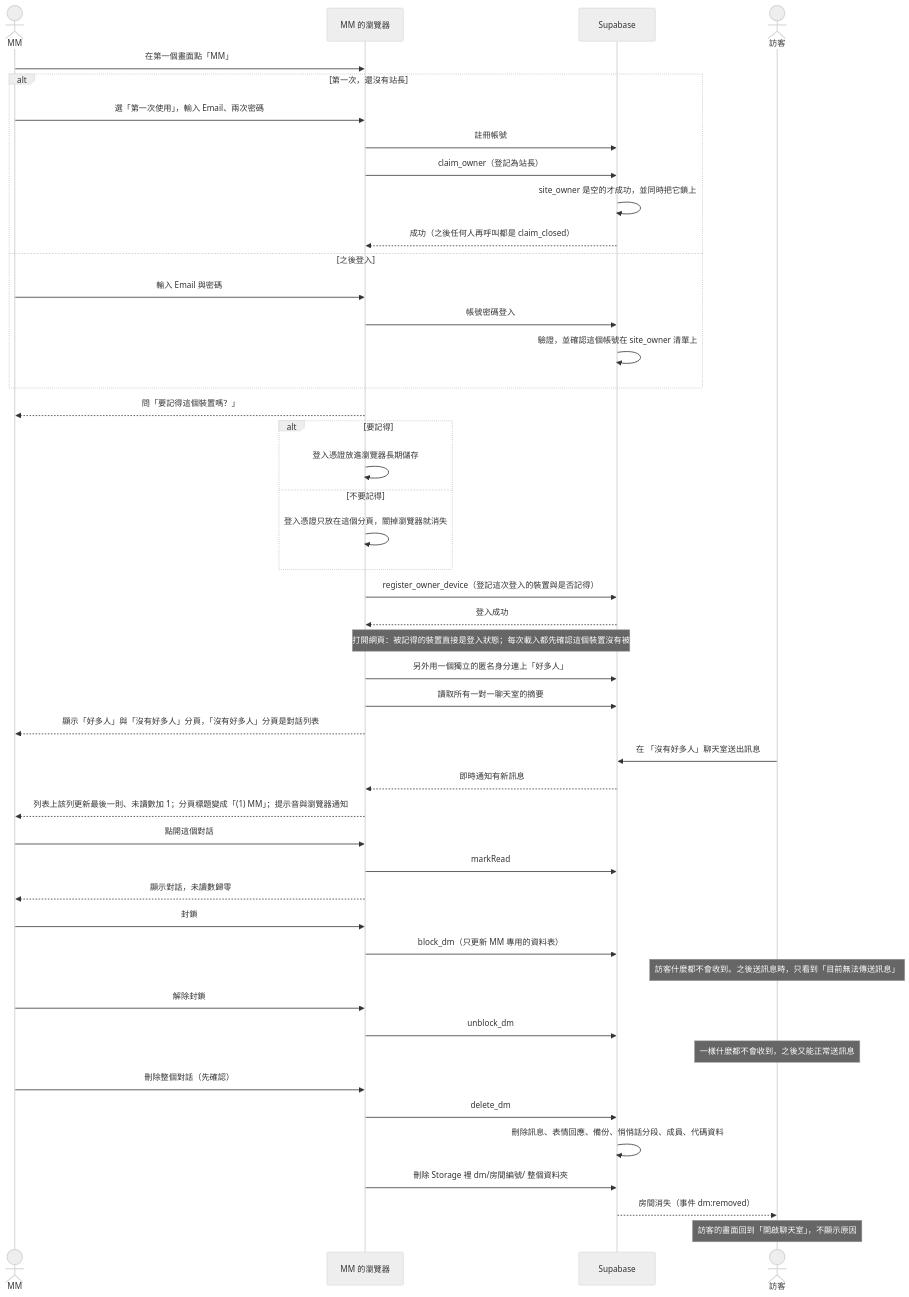
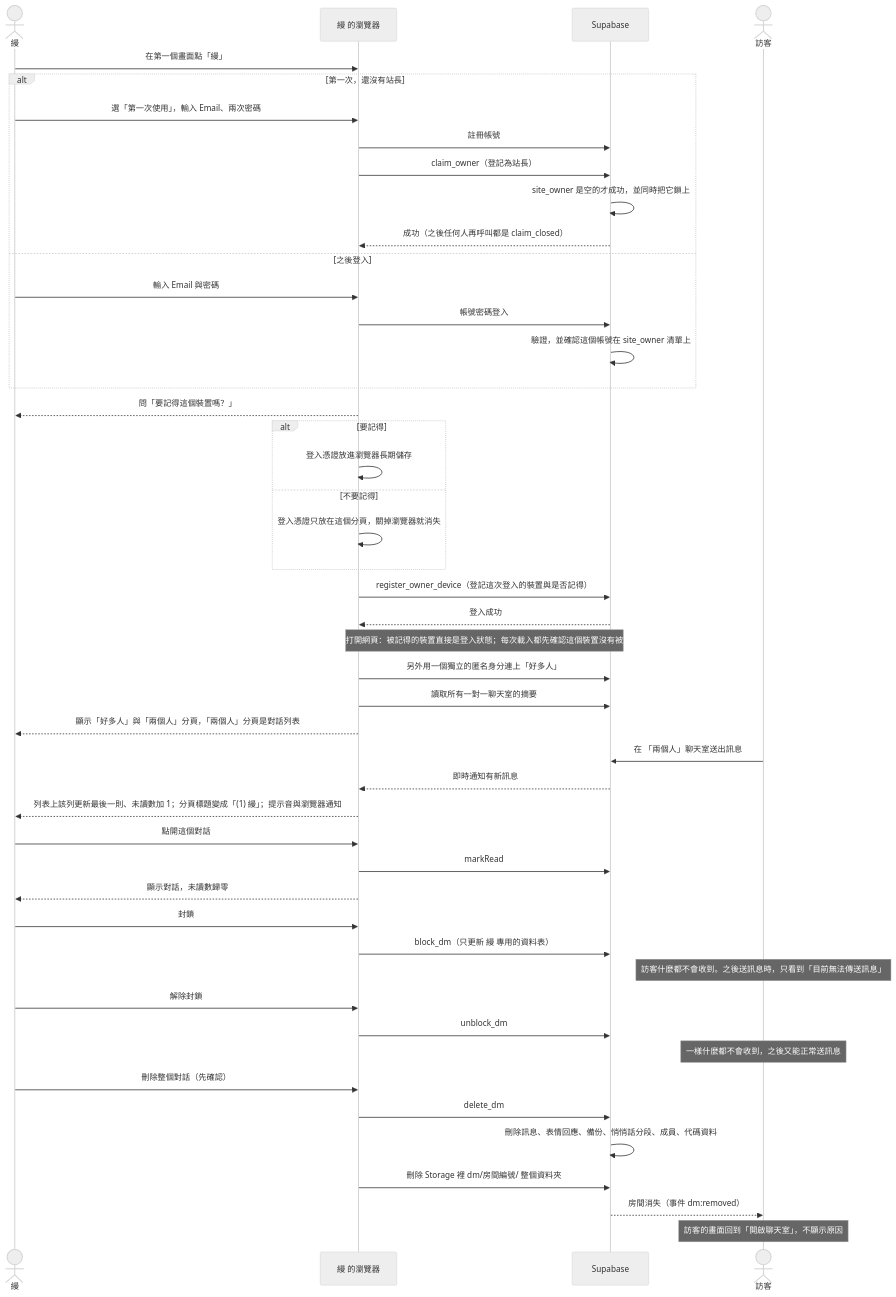
Diagram 14 of 14 in docs/architecture.md (411332043git/ch3hw), drawn with Mermaid (neutral theme) before and after one commit. The commit also changed other lines of this file and 2 other files, not shown here.

Commit message:
Update architecture to match design: voice, announcements, pinning, file expiry, desktop layout, avatars

````diff
--- a/docs/architecture.md
+++ b/docs/architecture.md
@@ -971,53 +979,53 @@
 ```mermaid
 sequenceDiagram
-    actor M as MM
-    participant B as MM 的瀏覽器
+    actor M as 縵
+    participant B as 縵 的瀏覽器
     participant S as Supabase
     actor V as 訪客
 
-    M->>B: 在第一個畫面點「MM」
+    M->>B: 在第一個畫面點「縵」
     alt 第一次，還沒有站長
         M->>B: 選「第一次使用」，輸入 Email、兩次密碼
         B->>S: 註冊帳號
         B->>S: claim_owner（登記為站長）
         S->>S: site_owner 是空的才成功，並同時把它鎖上
         S-->>B: 成功（之後任何人再呼叫都是 claim_closed）
     else 之後登入
         M->>B: 輸入 Email 與密碼
         B->>S: 帳號密碼登入
         S->>S: 驗證，並確認這個帳號在 site_owner 清單上
     end
     B-->>M: 問「要記得這個裝置嗎？」
     alt 要記得
         B->>B: 登入憑證放進瀏覽器長期儲存
     else 不要記得
         B->>B: 登入憑證只放在這個分頁，關掉瀏覽器就消失
     end
     B->>S: register_owner_device（登記這次登入的裝置與是否記得）
     S-->>B: 登入成功
     Note over B,S: 下次打開網頁：被記得的裝置直接是登入狀態；每次載入都先確認這個裝置沒有被忘記
     B->>S: 另外用一個獨立的匿名身分連上「好多人」
     B->>S: 讀取所有一對一聊天室的摘要
-    B-->>M: 顯示「好多人」與「沒有好多人」分頁，「沒有好多人」分頁是對話列表
+    B-->>M: 顯示「好多人」與「兩個人」分頁，「兩個人」分頁是對話列表
 
-    V->>S: 在 「沒有好多人」聊天室送出訊息
+    V->>S: 在 「兩個人」聊天室送出訊息
     S-->>B: 即時通知有新訊息
-    B-->>M: 列表上該列更新最後一則、未讀數加 1；分頁標題變成「(1) MM」；提示音與瀏覽器通知
+    B-->>M: 列表上該列更新最後一則、未讀數加 1；分頁標題變成「(1) 縵」；提示音與瀏覽器通知
     M->>B: 點開這個對話
     B->>S: markRead
     B-->>M: 顯示對話，未讀數歸零
 
     M->>B: 封鎖
-    B->>S: block_dm（只更新 MM 專用的資料表）
+    B->>S: block_dm（只更新 縵 專用的資料表）
     Note over V: 訪客什麼都不會收到。之後送訊息時，只看到「目前無法傳送訊息」
     M->>B: 解除封鎖
     B->>S: unblock_dm
     Note over V: 一樣什麼都不會收到，之後又能正常送訊息
 
     M->>B: 刪除整個對話（先確認）
     B->>S: delete_dm
     S->>S: 刪除訊息、表情回應、備份、悄悄話分段、成員、代碼資料
     B->>S: 刪除 Storage 裡 dm/房間編號/ 整個資料夾
     S-->>V: 房間消失（事件 dm:removed）
     Note over V: 訪客的畫面回到「開啟聊天室」，不顯示原因
 ```
````
